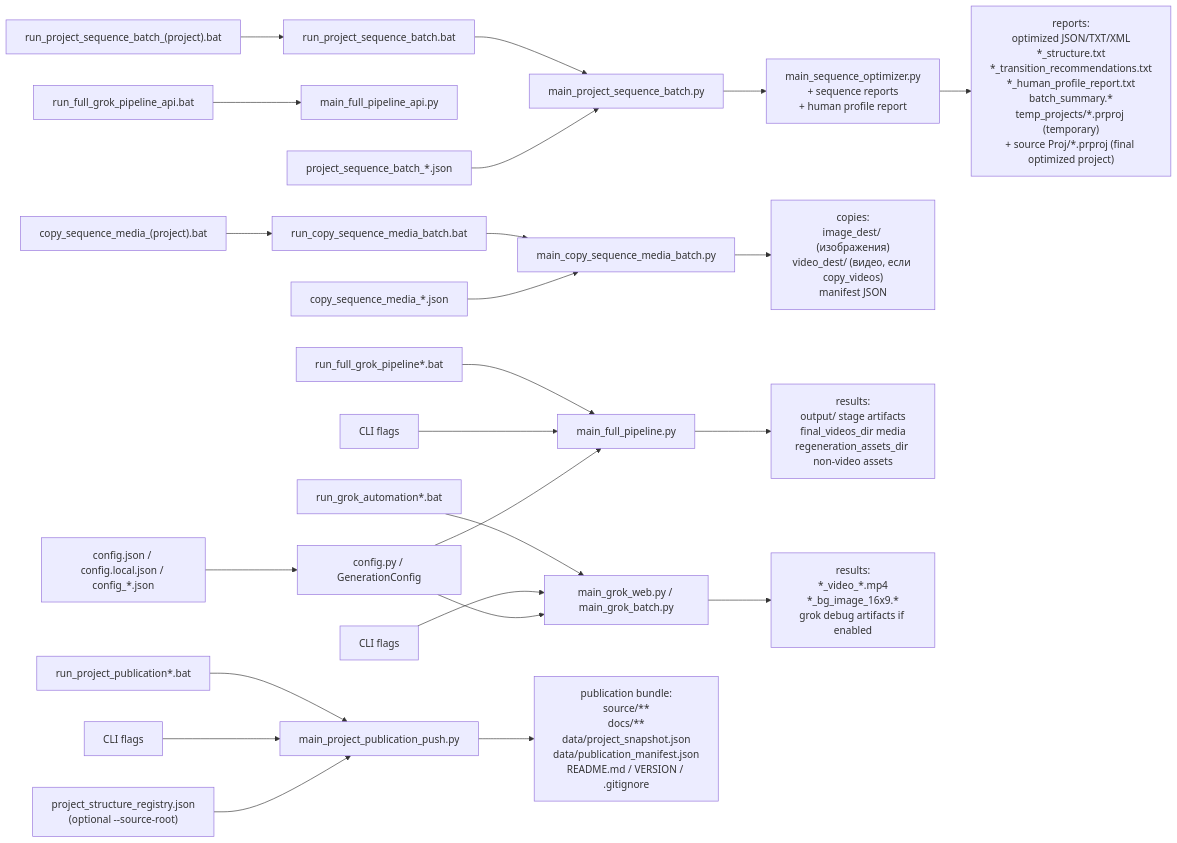
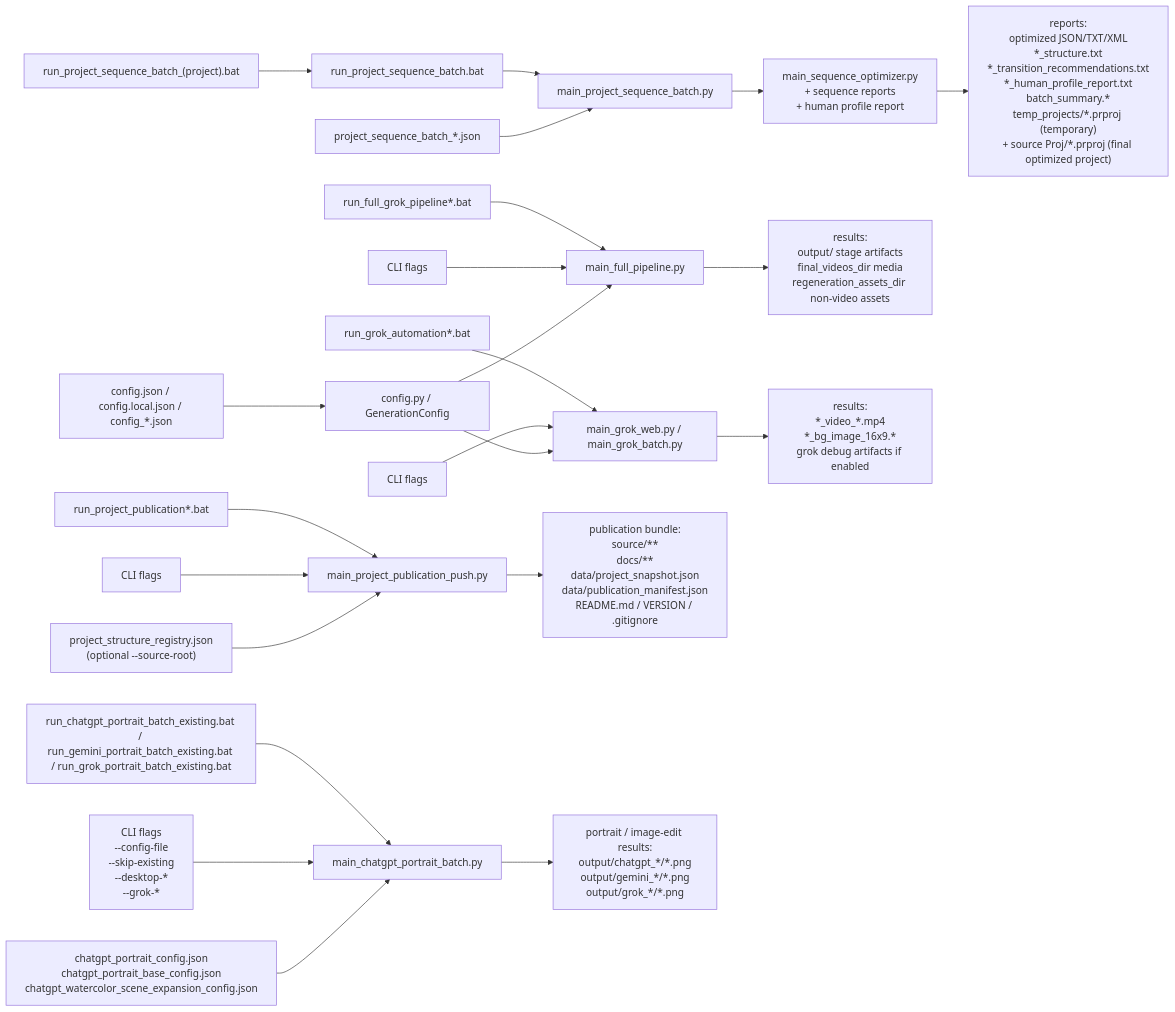
The diagram in docs/USER_GUIDE_RU.md (sergey-frd/Memory-to-Video_Agent), drawn with Mermaid before and after one commit. The commit also changed other lines of this file and 330 other files, not shown here.

````diff
--- a/docs/USER_GUIDE_RU.md
+++ b/docs/USER_GUIDE_RU.md
@@ -313,31 +451,29 @@
 ```mermaid
 flowchart LR
   B1["run_full_grok_pipeline*.bat"] --> P1["main_full_pipeline.py"]
-  B1A["run_full_grok_pipeline_api.bat"] --> P1A["main_full_pipeline_api.py"]
   B2["run_grok_automation*.bat"] --> P2["main_grok_web.py / main_grok_batch.py"]
   B3A["run_project_sequence_batch_(project).bat"] --> B3["run_project_sequence_batch.bat"]
   B3 --> P3["main_project_sequence_batch.py"]
-  B6A["copy_sequence_media_(project).bat"] --> B6["run_copy_sequence_media_batch.bat"]
-  B6 --> P6["main_copy_sequence_media_batch.py"]
   B4["run_project_publication*.bat"] --> P4["main_project_publication_push.py"]
+  B5["run_chatgpt_portrait_batch_existing.bat / run_gemini_portrait_batch_existing.bat / run_grok_portrait_batch_existing.bat"] --> P6["main_chatgpt_portrait_batch.py"]
 
   A1["CLI flags"] --> P1
   A2["CLI flags"] --> P2
+  A5["CLI flags\n--config-file\n--skip-existing\n--desktop-*\n--grok-*"] --> P6
   C1["config.json / config.local.json / config_*.json"] --> G1["config.py / GenerationConfig"]
   G1 --> P1
   G1 --> P2
+  C5["chatgpt_portrait_config.json\nchatgpt_portrait_base_config.json\nchatgpt_watercolor_scene_expansion_config.json"] --> P6
 
   C3["project_sequence_batch_*.json"] --> P3
   P3 --> P5["main_sequence_optimizer.py\n+ sequence reports\n+ human profile report"]
-
-  C6["copy_sequence_media_*.json"] --> P6
-  P6 --> O6["copies:\nimage_dest/ (изображения)\nvideo_dest/ (видео, если copy_videos)\nmanifest JSON"]
 
   A4["CLI flags"] --> P4
   R1["project_structure_registry.json\n(optional --source-root)"] --> P4
 
   P1 --> O1["results:\noutput/ stage artifacts\nfinal_videos_dir media\nregeneration_assets_dir non-video assets"]
   P2 --> O2["results:\n*_video_*.mp4\n*_bg_image_16x9.*\ngrok debug artifacts if enabled"]
   P5 --> O3["reports:\noptimized JSON/TXT/XML\n*_structure.txt\n*_transition_recommendations.txt\n*_human_profile_report.txt\nbatch_summary.*\ntemp_projects/*.prproj (temporary)\n+ source Proj/*.prproj (final optimized project)"]
   P4 --> O4["publication bundle:\nsource/**\ndocs/**\ndata/project_snapshot.json\ndata/publication_manifest.json\nREADME.md / VERSION / .gitignore"]
+  P6 --> O5["portrait / image-edit results:\noutput/chatgpt_*/*.png\noutput/gemini_*/*.png\noutput/grok_*/*.png"]
 ```
````
